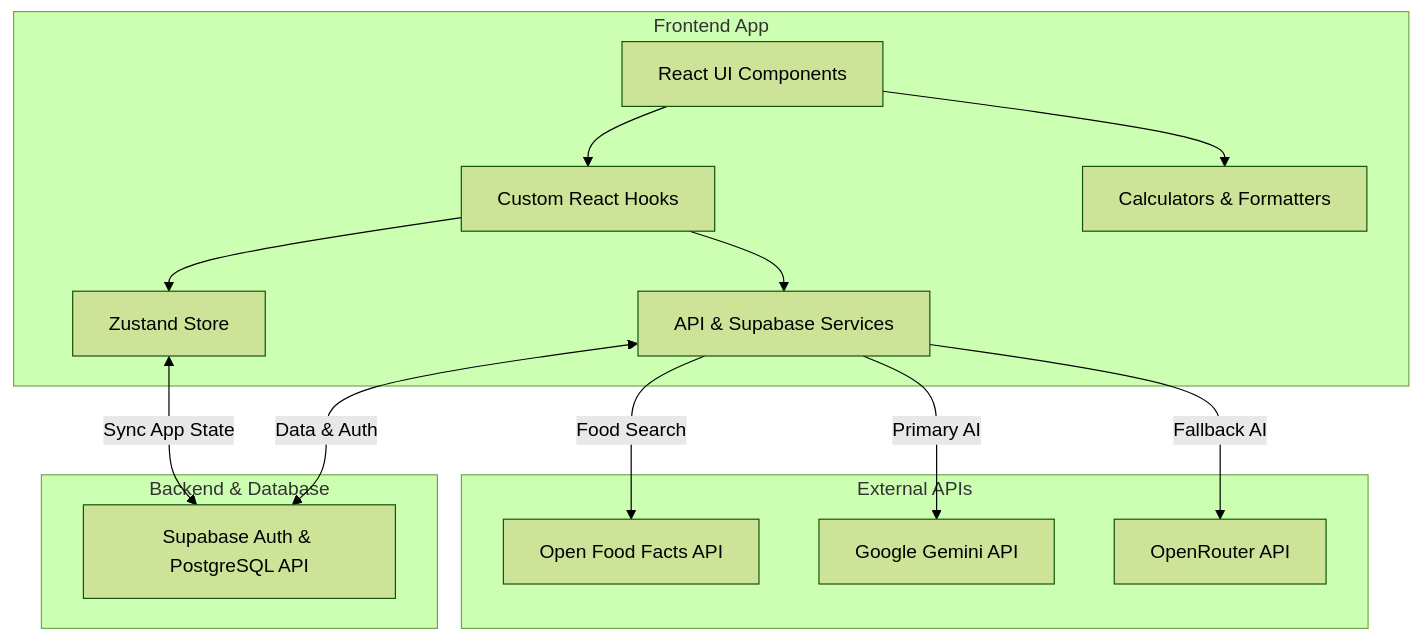
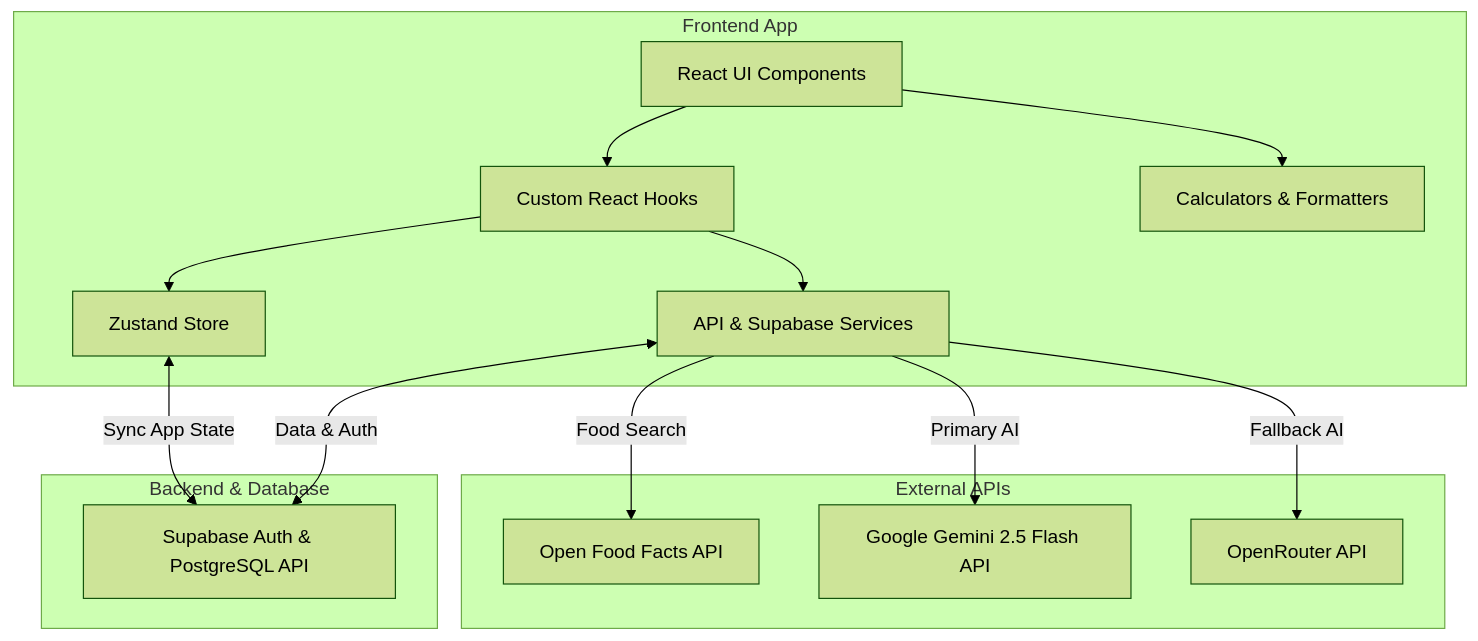
One commit to Shriraj888/EatWise-AI changed the first of 2 diagrams in readme.md. Above: the diagram before and after it, drawn with Mermaid (forest theme). The commit also changed other lines of this file and 3 other files, not shown here.

````diff
--- a/readme.md
+++ b/readme.md
@@ -13,32 +13,32 @@
 ```mermaid
 graph TD
     subgraph Frontend App
         UI[React UI Components]
         Hooks[Custom React Hooks]
         Store[Zustand Store]
         Services[API & Supabase Services]
         Utils[Calculators & Formatters]
     end
 
     subgraph Backend & Database
         SB[Supabase Auth & PostgreSQL API]
     end
 
     subgraph External APIs
         OFF[Open Food Facts API]
-        Gemini[Google Gemini API]
+        Gemini[Google Gemini 2.5 Flash API]
         OR[OpenRouter API]
     end
 
     UI --> Hooks
     Hooks --> Store
     Hooks --> Services
     UI --> Utils
     
     Store <-->|Sync App State| SB
     Services <-->|Data & Auth| SB
     
     Services -->|Food Search| OFF
     Services -->|Primary AI| Gemini
     Services -->|Fallback AI| OR
 ```
````
